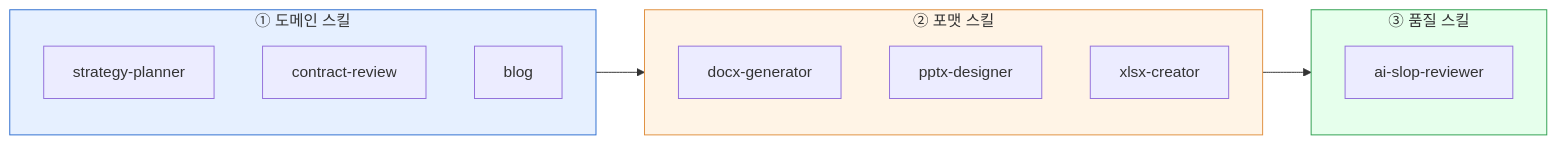
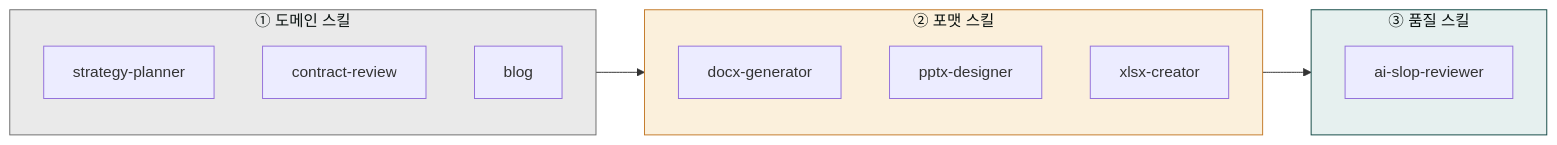
The diagram in content/cookbook/skill-chaining.md (modu-ai/claude), drawn with Mermaid before and after one commit. The commit also changed 97 other files, not shown here.

First line of the commit message:
style(docs-site): mermaid 색상 브랜드 정합 + 라이트 테마 단일화

````diff
--- a/content/cookbook/skill-chaining.md
+++ b/content/cookbook/skill-chaining.md
@@ -26,24 +26,24 @@
 ```mermaid
 flowchart LR
     subgraph Domain["① 도메인 스킬"]
         D1["strategy-planner"]
         D2["contract-review"]
         D3["blog"]
     end
 
     subgraph Format["② 포맷 스킬"]
         F1["docx-generator"]
         F2["pptx-designer"]
         F3["xlsx-creator"]
     end
 
     subgraph Quality["③ 품질 스킬"]
         Q1["ai-slop-reviewer"]
     end
 
     Domain --> Format --> Quality
 
-    style Domain fill:#e6f0ff,stroke:#3070d0
-    style Format fill:#fff4e6,stroke:#e09040
-    style Quality fill:#e6ffec,stroke:#30a050
+    style Domain fill:#eaeaea,stroke:#6e6e6e,color:#09110f
+    style Format fill:#fbf0dc,stroke:#c47b2a,color:#09110f
+    style Quality fill:#e6f0ef,stroke:#144a46,color:#09110f
 ```
````
